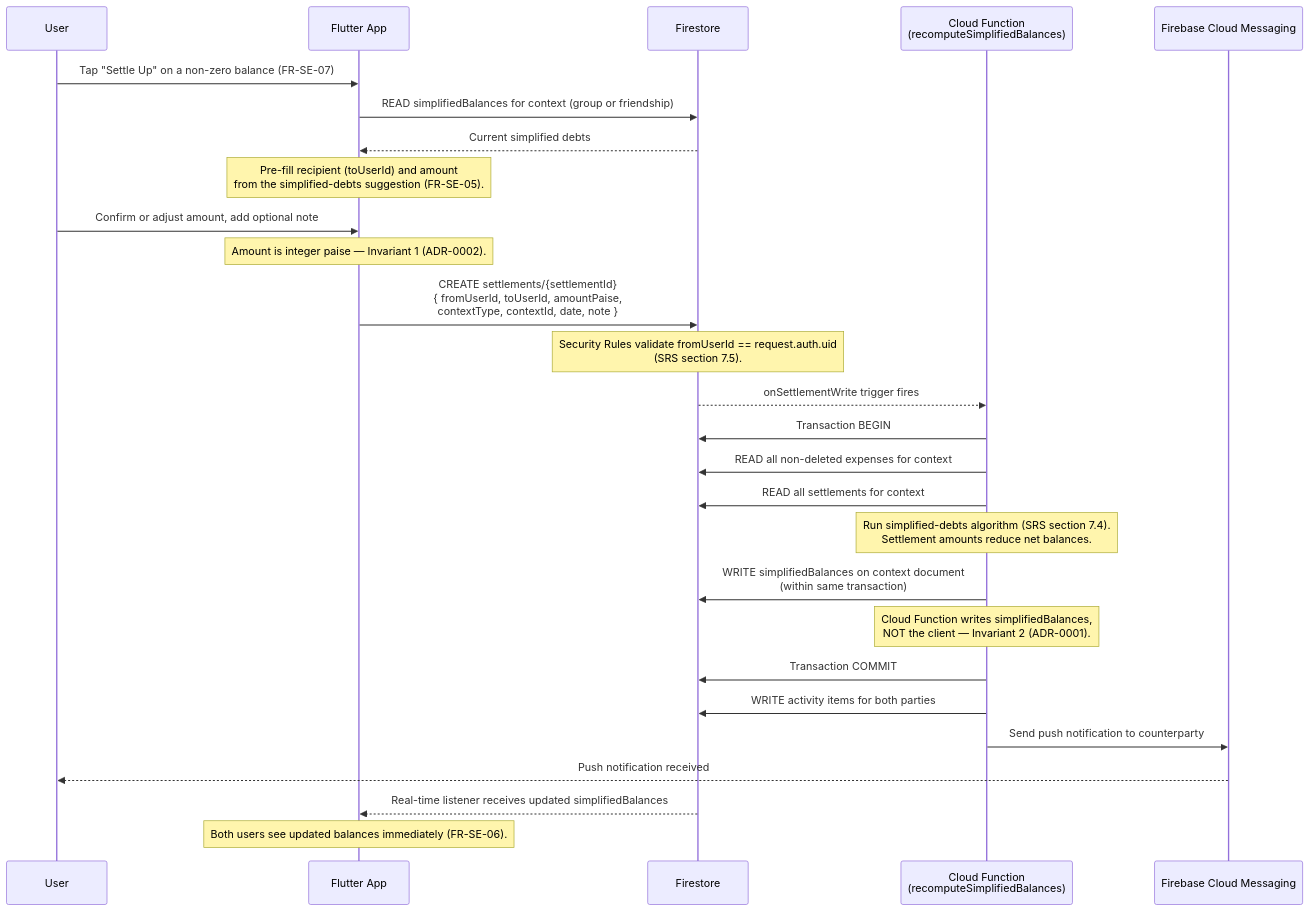
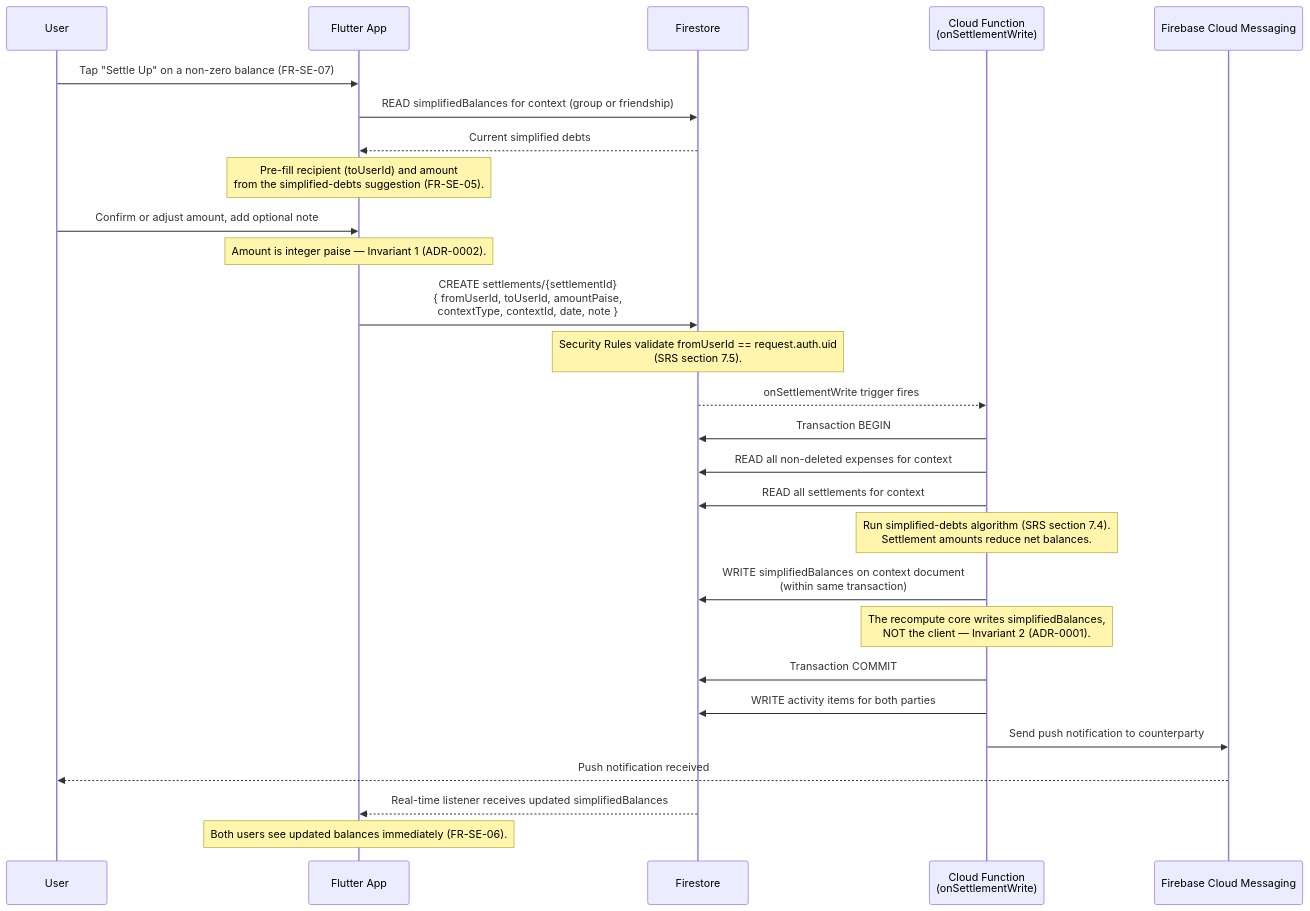
Before and after one commit to avtansh-code/OneByTwo: the third of 4 diagrams in docs/design/03-architecture/data-flow.md, drawn with Mermaid. The commit also changed other lines of this file and 99 other files, not shown here.

````diff
--- a/docs/design/03-architecture/data-flow.md
+++ b/docs/design/03-architecture/data-flow.md
@@ -132,41 +138,41 @@
 ```mermaid
 sequenceDiagram
     participant U as User
     participant App as Flutter App
     participant FS as Firestore
-    participant CF as Cloud Function<br/>(recomputeSimplifiedBalances)
+    participant CF as Cloud Function<br/>(onSettlementWrite)
     participant FCM as Firebase Cloud Messaging
 
     U->>App: Tap "Settle Up" on a non-zero balance (FR-SE-07)
     App->>FS: READ simplifiedBalances for context (group or friendship)
     FS-->>App: Current simplified debts
 
     Note over App: Pre-fill recipient (toUserId) and amount<br/>from the simplified-debts suggestion (FR-SE-05).
 
     U->>App: Confirm or adjust amount, add optional note
     Note over App: Amount is integer paise — Invariant 1 (ADR-0002).
 
     App->>FS: CREATE settlements/{settlementId}<br/>{ fromUserId, toUserId, amountPaise,<br/>  contextType, contextId, date, note }
     Note over FS: Security Rules validate fromUserId == request.auth.uid<br/>(SRS section 7.5).
 
     FS-->>CF: onSettlementWrite trigger fires
 
     CF->>FS: Transaction BEGIN
     CF->>FS: READ all non-deleted expenses for context
     CF->>FS: READ all settlements for context
 
     Note over CF: Run simplified-debts algorithm (SRS section 7.4).<br/>Settlement amounts reduce net balances.
 
     CF->>FS: WRITE simplifiedBalances on context document<br/>(within same transaction)
-    Note over CF: Cloud Function writes simplifiedBalances,<br/>NOT the client — Invariant 2 (ADR-0001).
+    Note over CF: The recompute core writes simplifiedBalances,<br/>NOT the client — Invariant 2 (ADR-0001).
 
     CF->>FS: Transaction COMMIT
 
     CF->>FS: WRITE activity items for both parties
 
     CF->>FCM: Send push notification to counterparty
     FCM-->>U: Push notification received
 
     FS-->>App: Real-time listener receives updated simplifiedBalances
     Note over App: Both users see updated balances immediately (FR-SE-06).
 ```
````
